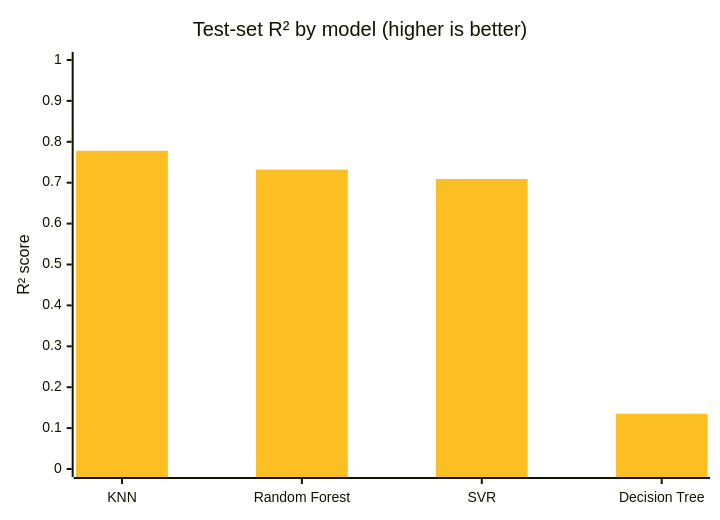
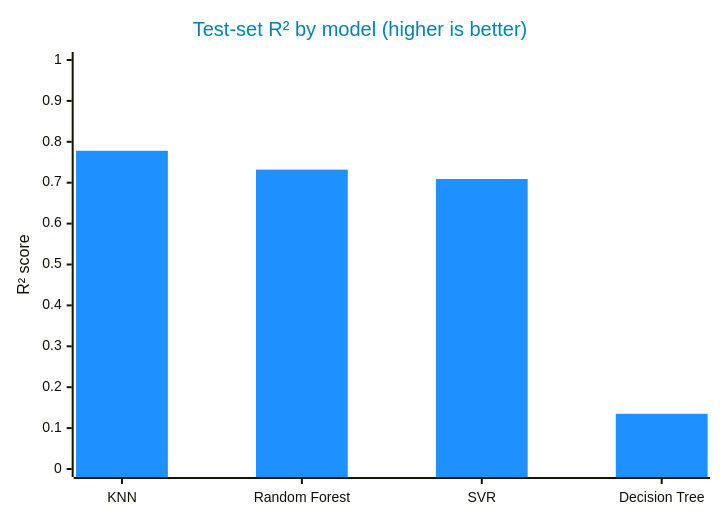
The second of 3 diagrams in README.md (sabikswanan/Flood-Probability-Prediction-Using-ML), drawn with Mermaid before and after one commit. The commit also changed other lines of this file, not shown here.

````diff
--- a/README.md
+++ b/README.md
@@ -120,8 +131,8 @@
 ```mermaid
-%%{init: {"themeVariables": {"xyChart": {"plotColorPalette": "#fbbf24"}}}}%%
+%%{init: {"themeVariables": {"xyChart": {"plotColorPalette": "#1E90FF", "titleColor": "#0083B0"}}}}%%
 xychart-beta
     title "Test-set R² by model (higher is better)"
     x-axis ["KNN", "Random Forest", "SVR", "Decision Tree"]
     y-axis "R² score" 0 --> 1
     bar [0.778, 0.732, 0.709, 0.135]
 ```
````
